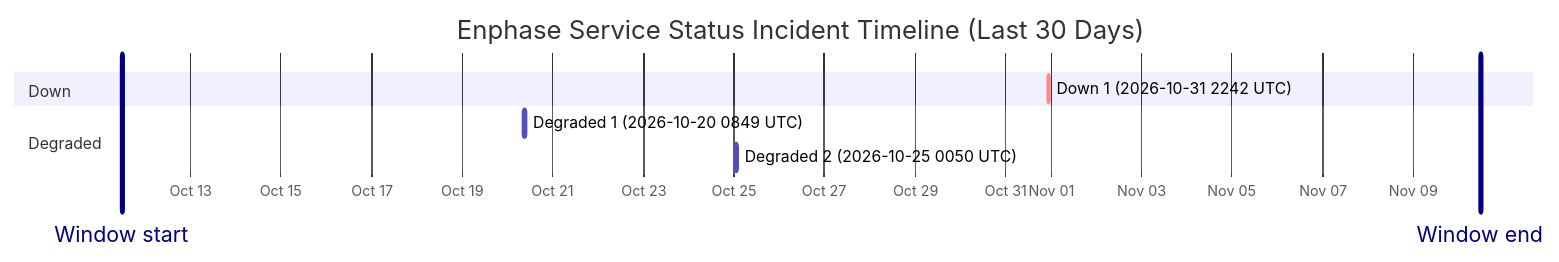
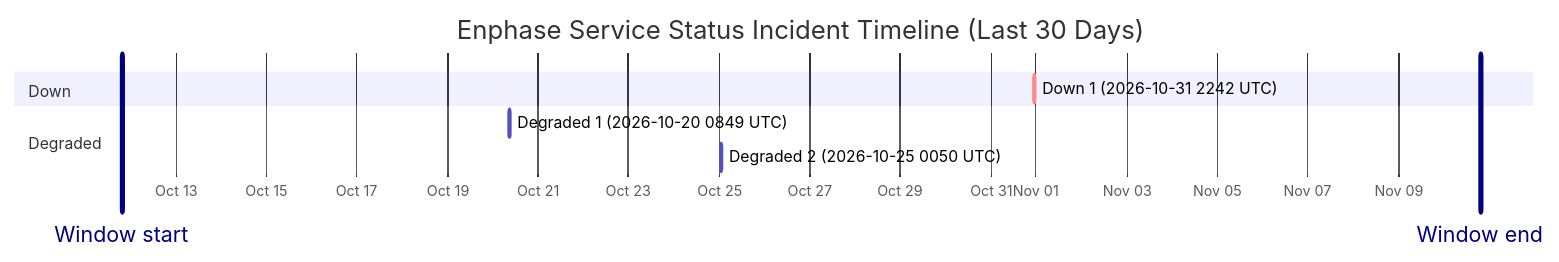
One commit to barneyonline/ha-enphase-energy changed the diagram in wiki/Service-Status-History.md. Above: the diagram before and after it, drawn with Mermaid. The commit also changed other lines of this file and 3 other files, not shown here.

````diff
--- a/wiki/Service-Status-History.md
+++ b/wiki/Service-Status-History.md
@@ -14,13 +14,13 @@
 ```mermaid
 gantt
     title Enphase Service Status Incident Timeline (Last 30 Days)
     dateFormat  YYYY-MM-DDTHH:mm:ss
     axisFormat  %b %d
-    Window start :vert, window-start, 2026-10-11T11:30:34, 0ms
-    Window end :vert, window-end, 2026-11-10T11:30:34, 0ms
+    Window start :vert, window-start, 2026-10-11T19:19:39, 0ms
+    Window end :vert, window-end, 2026-11-10T19:19:39, 0ms
     section Down
     Down 1 (2026-10-31 2242 UTC) :crit, down-1, 2026-10-31T22:42:18, 60m
     section Degraded
     Degraded 1 (2026-10-20 0849 UTC) :active, degraded-1, 2026-10-20T08:49:49, 60m
     Degraded 2 (2026-10-25 0050 UTC) :active, degraded-2, 2026-10-25T00:50:01, 60m
 ```
````
